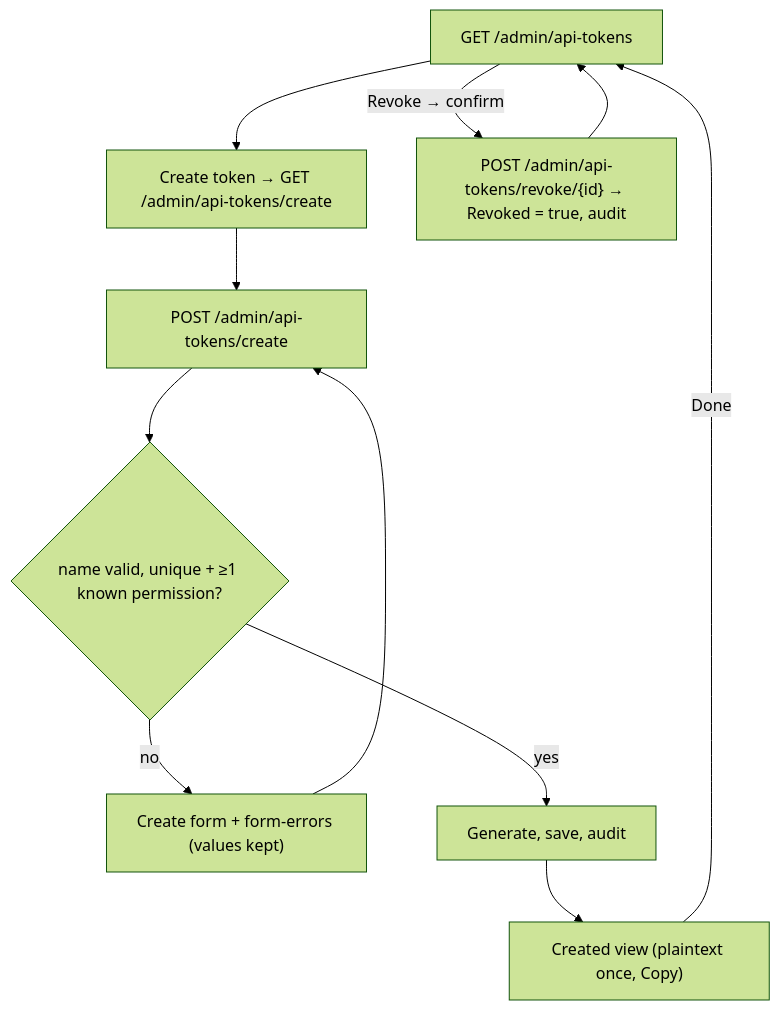
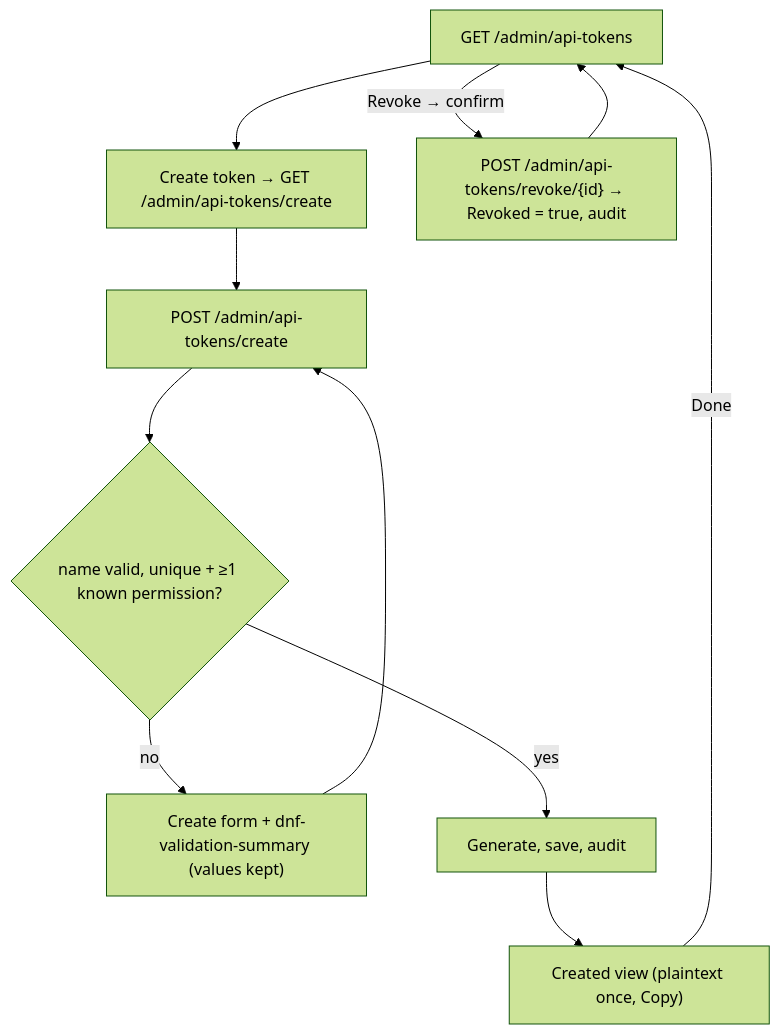
One commit to Albadit/DotNetForge changed the second of 2 diagrams in .docs/pages/api-tokens.md. Above: the diagram before and after it, drawn with Mermaid (forest theme). The commit also changed other lines of this file and 412 other files, not shown here.

````diff
--- a/.docs/pages/api-tokens.md
+++ b/.docs/pages/api-tokens.md
@@ -214,10 +214,10 @@
 ```mermaid
 flowchart TD
     L["GET /admin/api-tokens"] --> C["Create token → GET /admin/api-tokens/create"]
     C --> P["POST /admin/api-tokens/create"]
     P --> V{"name valid, unique + ≥1 known permission?"}
-    V -- no --> C2["Create form + form-errors (values kept)"] --> P
+    V -- no --> C2["Create form + dnf-validation-summary (values kept)"] --> P
     V -- yes --> G["Generate, save, audit"] --> K["Created view (plaintext once, Copy)"]
     K -- Done --> L
     L -- "Revoke → confirm" --> R["POST /admin/api-tokens/revoke/{id} → Revoked = true, audit"] --> L
 ```
````
